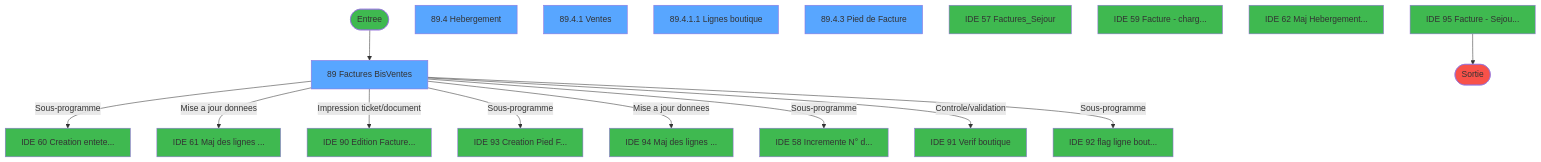
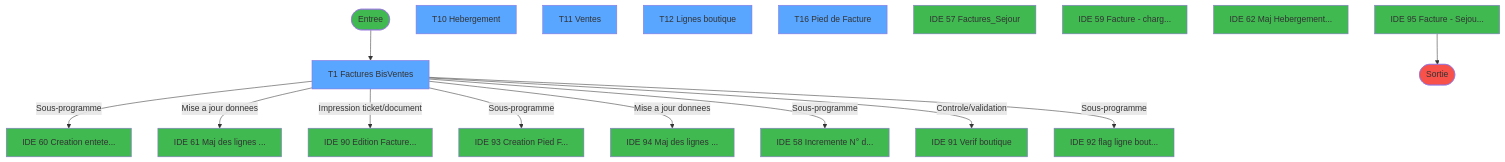
Before and after one commit to thonyAGP/magic-migration: the first of 4 diagrams in .openspec/specs/ADH-IDE-89.md, drawn with Mermaid. The commit also changed other lines of this file and 311 other files, not shown here.

````diff
--- a/.openspec/specs/ADH-IDE-89.md
+++ b/.openspec/specs/ADH-IDE-89.md
@@ -1806,51 +1806,51 @@
 ```mermaid
 flowchart TD
     START([Entree])
     style START fill:#3fb950
-    VF1[89 Factures BisVentes]
+    VF1[T1 Factures BisVentes]
     style VF1 fill:#58a6ff
-    VF10[89.4 Hebergement]
+    VF10[T10 Hebergement]
     style VF10 fill:#58a6ff
-    VF11[89.4.1 Ventes]
+    VF11[T11 Ventes]
     style VF11 fill:#58a6ff
-    VF12[89.4.1.1 Lignes boutique]
+    VF12[T12 Lignes boutique]
     style VF12 fill:#58a6ff
-    VF16[89.4.3 Pied de Facture]
+    VF16[T16 Pied de Facture]
     style VF16 fill:#58a6ff
     EXT60[IDE 60 Creation entete...]
     style EXT60 fill:#3fb950
     EXT61[IDE 61 Maj des lignes ...]
     style EXT61 fill:#3fb950
     EXT90[IDE 90 Edition Facture...]
     style EXT90 fill:#3fb950
     EXT93[IDE 93 Creation Pied F...]
     style EXT93 fill:#3fb950
     EXT94[IDE 94 Maj des lignes ...]
     style EXT94 fill:#3fb950
     EXT58[IDE 58 Incremente N° d...]
     style EXT58 fill:#3fb950
     EXT91[IDE 91 Verif boutique]
     style EXT91 fill:#3fb950
     EXT92[IDE 92 flag ligne bout...]
     style EXT92 fill:#3fb950
     EXT57[IDE 57 Factures_Sejour]
     style EXT57 fill:#3fb950
     EXT59[IDE 59 Facture - charg...]
     style EXT59 fill:#3fb950
     EXT62[IDE 62 Maj Hebergement...]
     style EXT62 fill:#3fb950
     EXT95[IDE 95 Facture - Sejou...]
     style EXT95 fill:#3fb950
     FIN([Sortie])
     style FIN fill:#f85149
     START --> VF1
     VF1 -->|Sous-programme| EXT60
     VF1 -->|Mise a jour donnees| EXT61
     VF1 -->|Impression ticket/document| EXT90
     VF1 -->|Sous-programme| EXT93
     VF1 -->|Mise a jour donnees| EXT94
     VF1 -->|Sous-programme| EXT58
     VF1 -->|Controle/validation| EXT91
     VF1 -->|Sous-programme| EXT92
     EXT95 --> FIN
 ```
````
